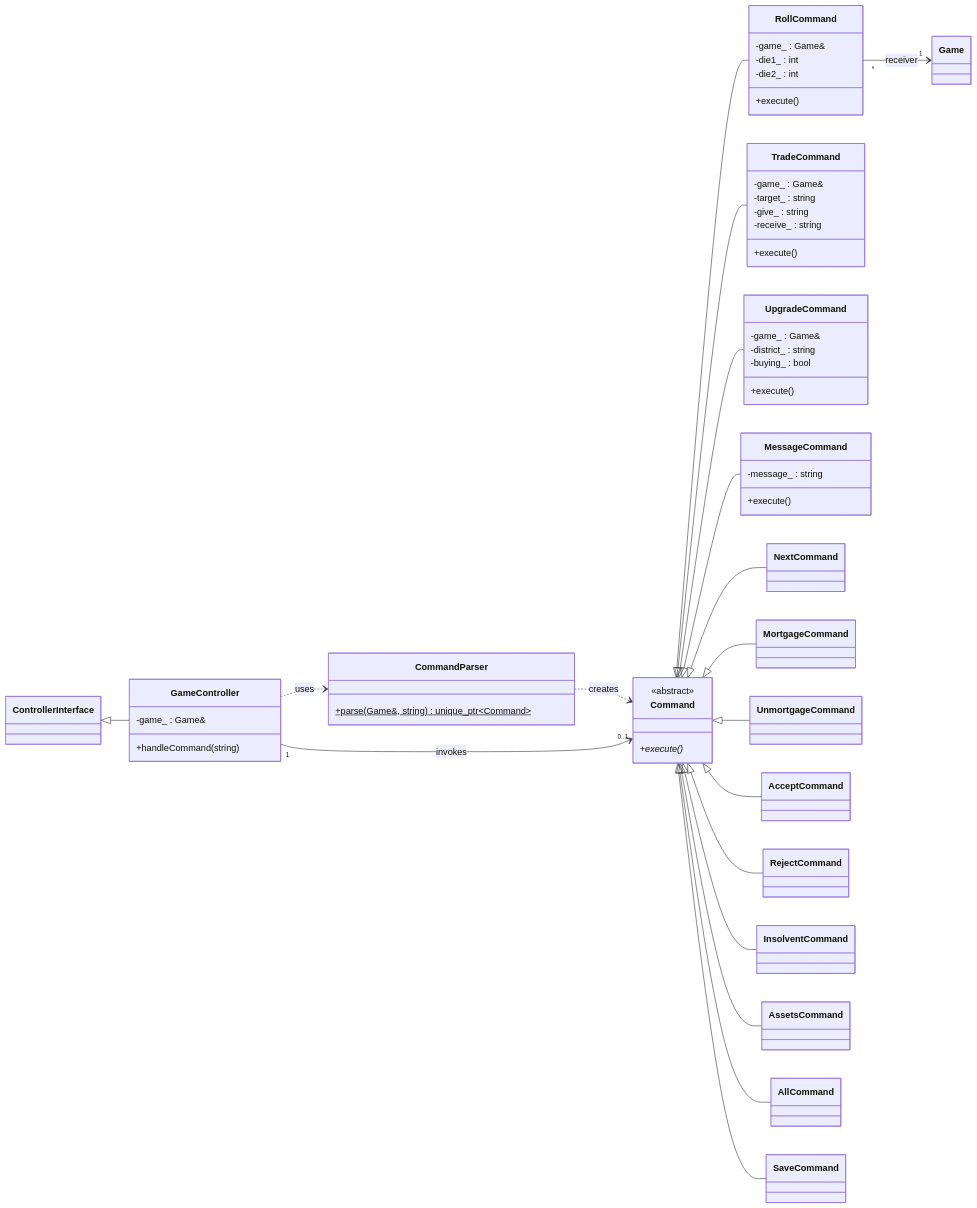
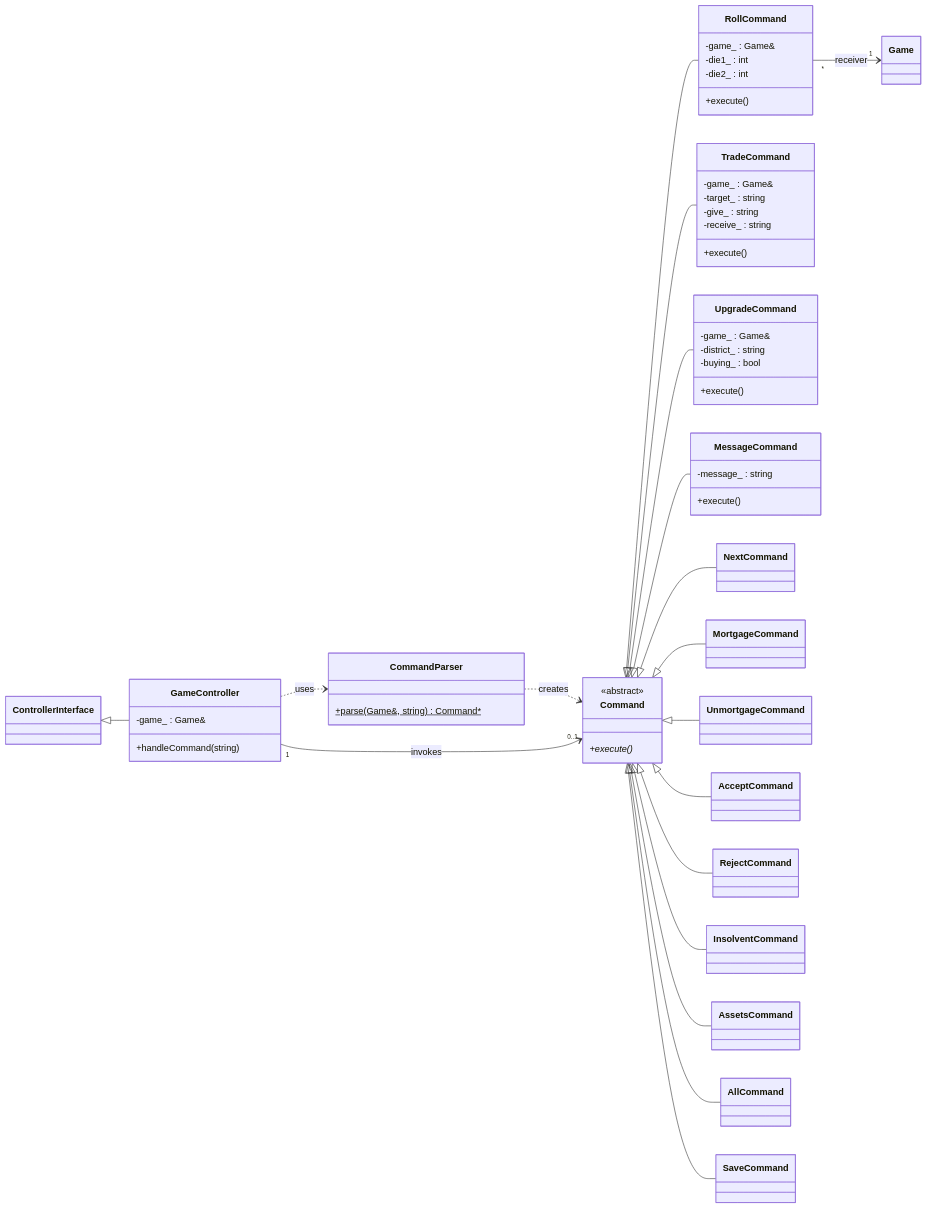
One commit to jasmehar-k/hungry-hungry-capitalists changed the fifth of 6 diagrams in uml.md. Above: the diagram before and after it, drawn with Mermaid. The commit also changed other lines of this file and 6 other files, not shown here.

Commit message:
render uml diagrams to png

````diff
--- a/uml.md
+++ b/uml.md
@@ -253,59 +253,59 @@
 ```mermaid
 classDiagram
     direction LR
 
     class Command {
         <<abstract>>
         +execute()*
     }
     class CommandParser {
-        +parse(Game&, string) unique_ptr~Command~$
+        +parse(Game&, string) Command*$
     }
     class GameController {
         +handleCommand(string)
         -game_ : Game&
     }
     class RollCommand {
         +execute()
         -game_ : Game&
         -die1_ : int
         -die2_ : int
     }
     class TradeCommand {
         +execute()
         -game_ : Game&
         -target_ : string
         -give_ : string
         -receive_ : string
     }
     class UpgradeCommand {
         +execute()
         -game_ : Game&
         -district_ : string
         -buying_ : bool
     }
     class MessageCommand {
         +execute()
         -message_ : string
     }
 
     Command <|-- RollCommand
     Command <|-- NextCommand
     Command <|-- MortgageCommand
     Command <|-- UnmortgageCommand
     Command <|-- UpgradeCommand
     Command <|-- TradeCommand
     Command <|-- AcceptCommand
     Command <|-- RejectCommand
     Command <|-- InsolventCommand
     Command <|-- AssetsCommand
     Command <|-- AllCommand
     Command <|-- SaveCommand
     Command <|-- MessageCommand
 
     ControllerInterface <|-- GameController
     GameController ..> CommandParser : uses
     CommandParser ..> Command : creates
     GameController "1" --> "0..1" Command : invokes
     RollCommand "*" --> "1" Game : receiver
 ```
````
